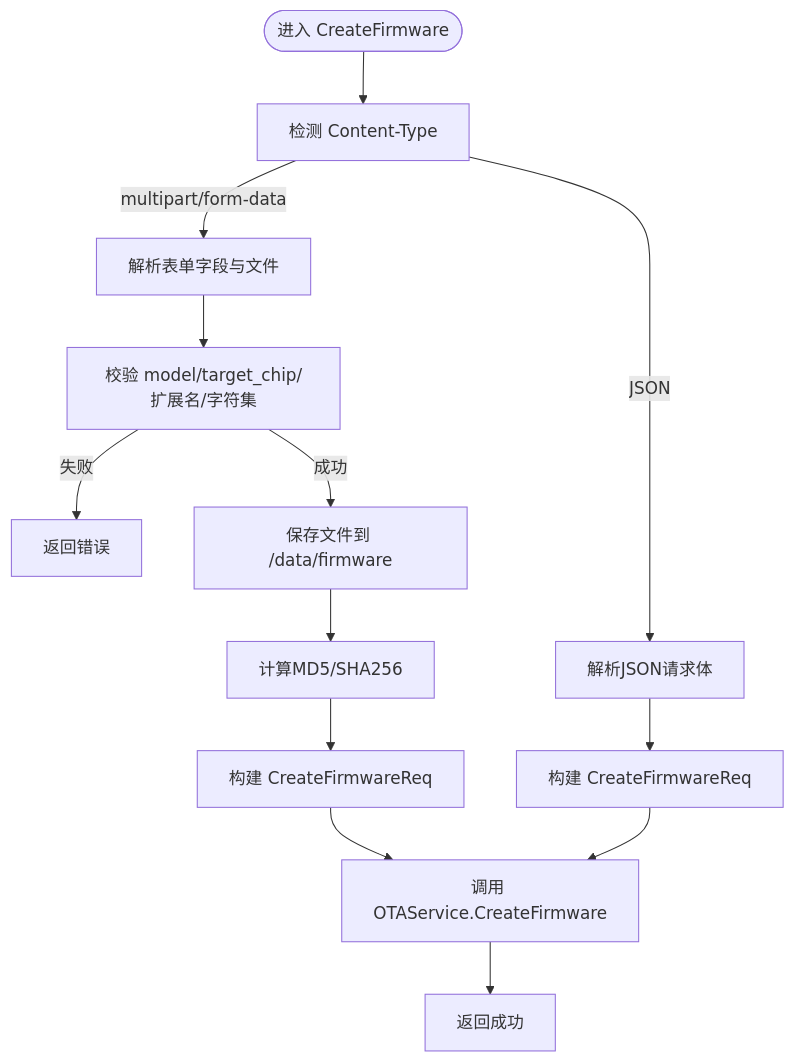
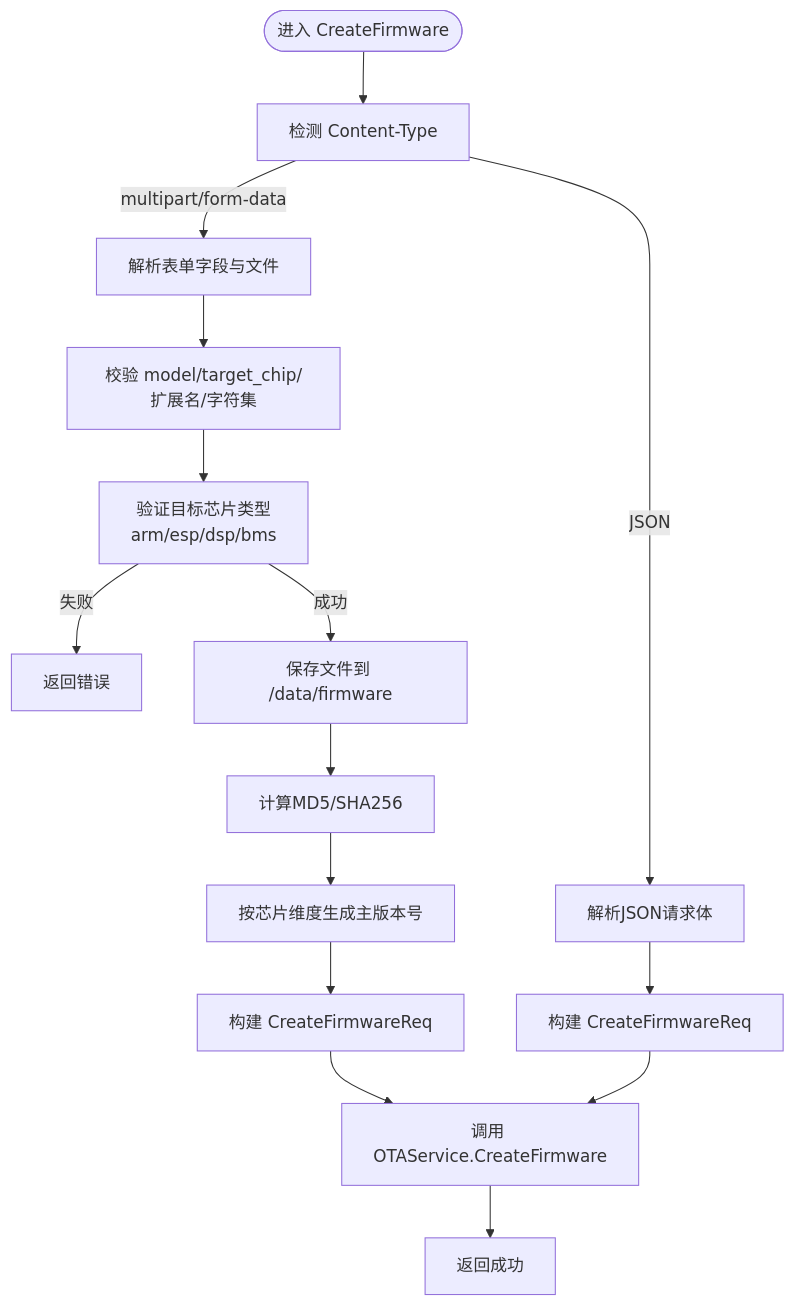
One commit to mcmrzy/cs_inv_monitor-develop changed the third of 5 diagrams in .qoder/repowiki/zh/content/OTA升级系统/固件管理.md. Above: the diagram before and after it, drawn with Mermaid. The commit also changed other lines of this file and 12 other files, not shown here.

````diff
--- a/.qoder/repowiki/zh/content/OTA升级系统/固件管理.md
+++ b/.qoder/repowiki/zh/content/OTA升级系统/固件管理.md
@@ -143,15 +164,17 @@
 ```mermaid
 flowchart TD
 Start(["进入 CreateFirmware"]) --> Detect["检测 Content-Type"]
 Detect --> |multipart/form-data| ParseForm["解析表单字段与文件"]
 Detect --> |JSON| ParseJSON["解析JSON请求体"]
 ParseForm --> Validate["校验 model/target_chip/扩展名/字符集"]
-Validate --> |失败| Err["返回错误"]
-Validate --> |成功| Save["保存文件到 /data/firmware"]
+Validate --> ChipCheck["验证目标芯片类型<br/>arm/esp/dsp/bms"]
+ChipCheck --> |失败| Err["返回错误"]
+ChipCheck --> |成功| Save["保存文件到 /data/firmware"]
 Save --> Hash["计算MD5/SHA256"]
-Hash --> BuildReq["构建 CreateFirmwareReq"]
+Hash --> GenMainVer["按芯片维度生成主版本号"]
+GenMainVer --> BuildReq["构建 CreateFirmwareReq"]
 BuildReq --> CallSvc["调用 OTAService.CreateFirmware"]
 CallSvc --> Done["返回成功"]
 ParseJSON --> BuildReq2["构建 CreateFirmwareReq"]
 BuildReq2 --> CallSvc
 ```
````
